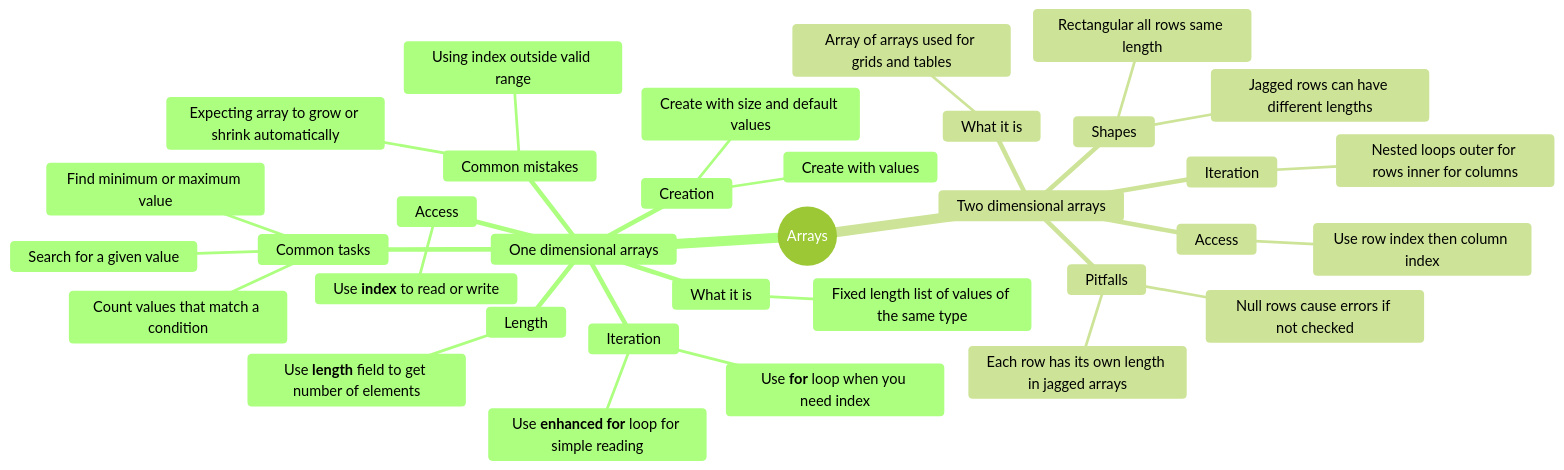
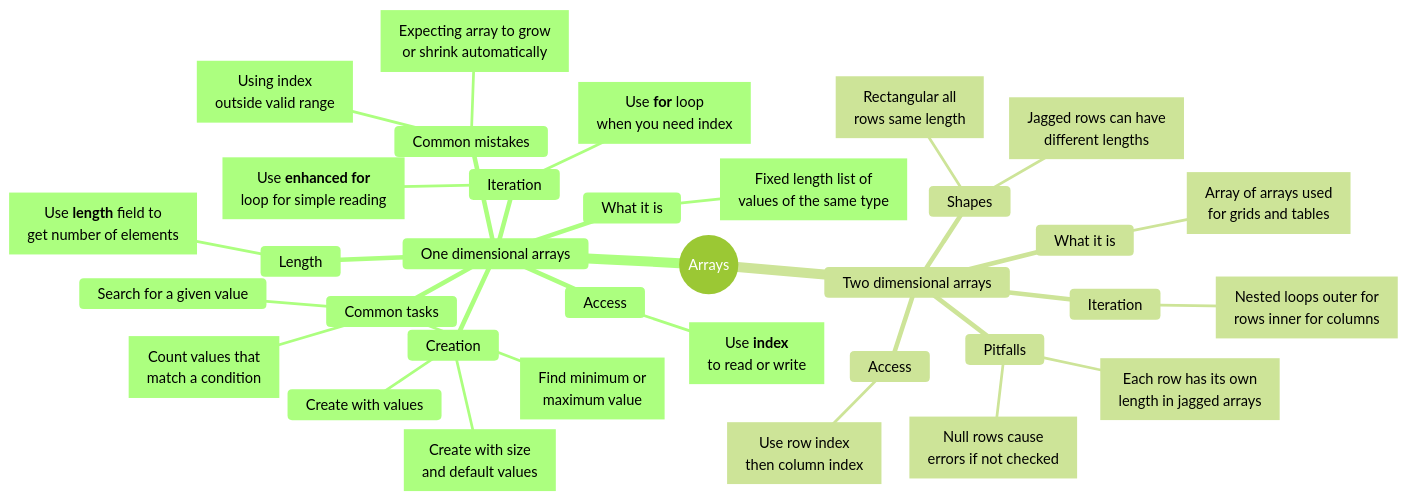
Before and after one commit to nmcguinness/L8-OOP-Module-Content: the second of 10 diagrams in notes/shared/mind maps/revision_t00_t09.md, drawn with Mermaid. The commit also changed other lines of this file and 421 other files, not shown here.

Commit message:
Updated mermaid diagrams and note layout for topics 9-24.

````diff
--- a/notes/shared/mind maps/revision_t00_t09.md
+++ b/notes/shared/mind maps/revision_t00_t09.md
@@ -196,43 +229,60 @@
 ```mermaid
 ---
 title: "Arrays"
 accDescr: "Mind map of Arrays. Branches: One dimensional arrays; Two dimensional arrays."
 ---
-%%{init: { "theme": "forest" }}%%
+%%{init: { "theme": "forest", "markdownAutoWrap": false, "mindmap": { "maxNodeWidth": 300 } }}%%
 mindmap
   root((Arrays))
     One dimensional arrays
       What it is
-        Fixed length list of values of the same type
+        n1["`Fixed length list of
+        values of the same type`"]
       Creation
         Create with values
-        Create with size and default values
+        n2["`Create with size
+        and default values`"]
       Access
-        Use **index** to read or write
+        n3["`Use **index**
+        to read or write`"]
       Length
-        Use **length** field to get number of elements
+        n4["`Use **length** field to
+        get number of elements`"]
       Iteration
-        Use **for** loop when you need index
-        Use **enhanced for** loop for simple reading
+        n5["`Use **for** loop
+        when you need index`"]
+        n6["`Use **enhanced for**
+        loop for simple reading`"]
       Common tasks
-        Find minimum or maximum value
+        n7["`Find minimum or
+        maximum value`"]
         Search for a given value
-        Count values that match a condition
+        n8["`Count values that
+        match a condition`"]
       Common mistakes
-        Using index outside valid range
-        Expecting array to grow or shrink automatically
+        n9["`Using index
+        outside valid range`"]
+        n10["`Expecting array to grow
+        or shrink automatically`"]
 
     Two dimensional arrays
       What it is
-        Array of arrays used for grids and tables
+        n11["`Array of arrays used
+        for grids and tables`"]
       Shapes
-        Rectangular all rows same length
-        Jagged rows can have different lengths
+        n12["`Rectangular all
+        rows same length`"]
+        n13["`Jagged rows can have
+        different lengths`"]
       Access
-        Use row index then column index
+        n14["`Use row index
+        then column index`"]
       Iteration
-        Nested loops outer for rows inner for columns
+        n15["`Nested loops outer for
+        rows inner for columns`"]
       Pitfalls
-        Each row has its own length in jagged arrays
-        Null rows cause errors if not checked
+        n16["`Each row has its own
+        length in jagged arrays`"]
+        n17["`Null rows cause
+        errors if not checked`"]
 ```
````
